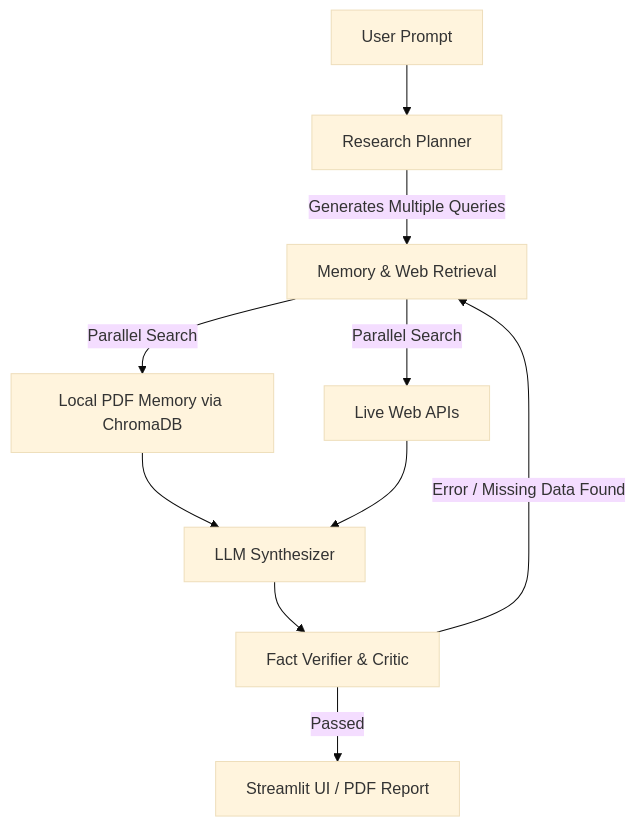
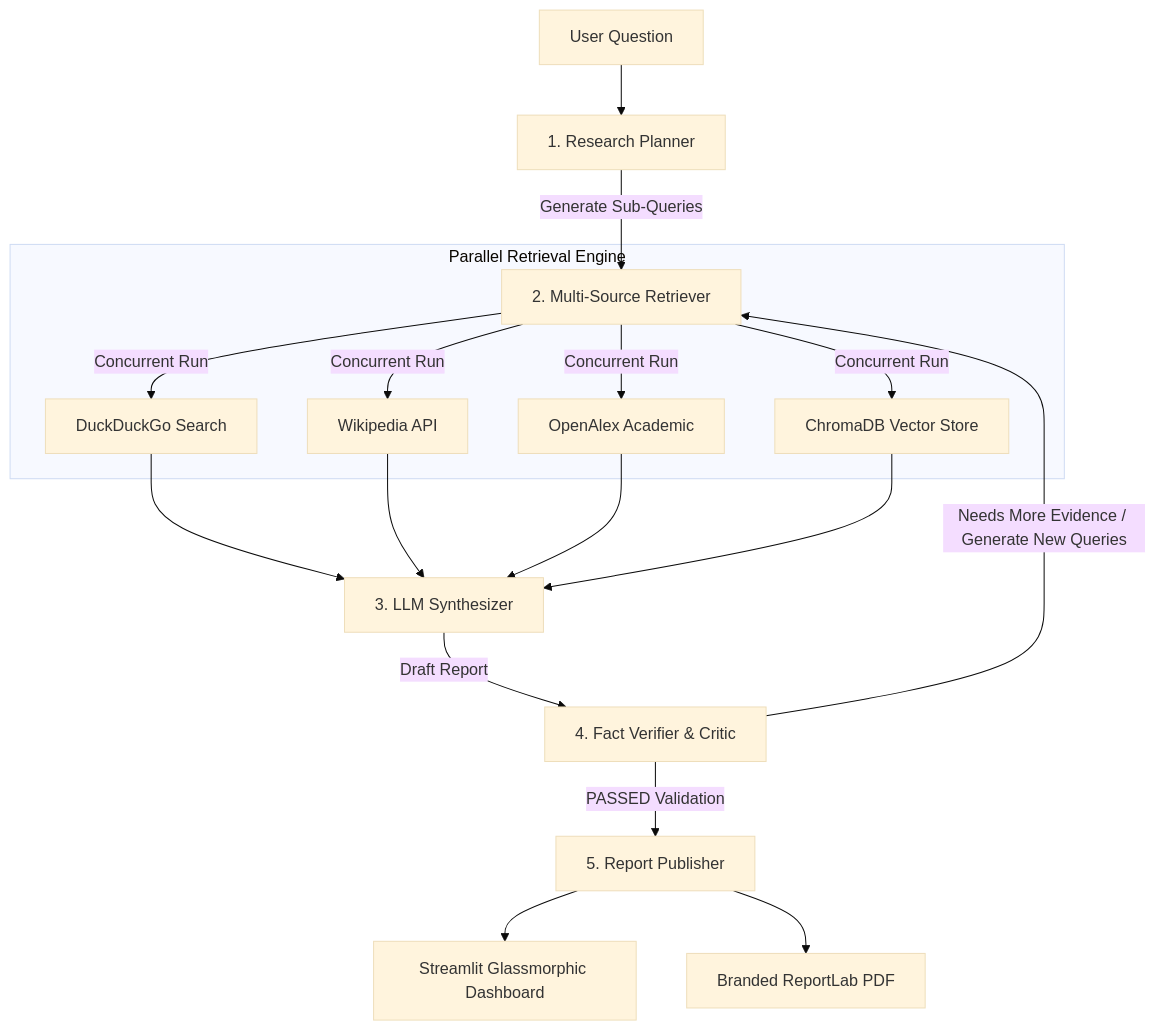
Before and after one commit to SWARAJCHATTARAJ/ARIA: the diagram in README.md, drawn with Mermaid (base theme). The commit also changed other lines of this file and 19 other files, not shown here.

````diff
--- a/README.md
+++ b/README.md
@@ -22,12 +20,25 @@
 ```mermaid
 graph TD
-    User[User Prompt] --> Planner[Research Planner]
-    Planner --> |Generates Multiple Queries| Retriever[Memory & Web Retrieval]
-    Retriever --> |Parallel Search| Mem[Local PDF Memory via ChromaDB]
-    Retriever --> |Parallel Search| Web[Live Web APIs]
-    Mem --> Synthesizer[LLM Synthesizer]
-    Web --> Synthesizer
-    Synthesizer --> Verifier[Fact Verifier & Critic]
-    Verifier --> |Error / Missing Data Found| Retriever
-    Verifier --> |Passed| Report[Streamlit UI / PDF Report]
+    User[User Question] --> Planner[1. Research Planner]
+    Planner -->|Generate Sub-Queries| Retriever[2. Multi-Source Retriever]
+    
+    subgraph Parallel Retrieval Engine
+        Retriever -->|Concurrent Run| WebDDG[DuckDuckGo Search]
+        Retriever -->|Concurrent Run| WebWiki[Wikipedia API]
+        Retriever -->|Concurrent Run| WebAlex[OpenAlex Academic]
+        Retriever -->|Concurrent Run| LocalChroma[ChromaDB Vector Store]
+    end
+    
+    WebDDG --> Synthesizer[3. LLM Synthesizer]
+    WebWiki --> Synthesizer
+    WebAlex --> Synthesizer
+    LocalChroma --> Synthesizer
+    
+    Synthesizer -->|Draft Report| Critic[4. Fact Verifier & Critic]
+    
+    Critic -->|Needs More Evidence / Generate New Queries| Retriever
+    Critic -->|PASSED Validation| Publisher[5. Report Publisher]
+    
+    Publisher --> UI[Streamlit Glassmorphic Dashboard]
+    Publisher --> PDF[Branded ReportLab PDF]
 ```
````
